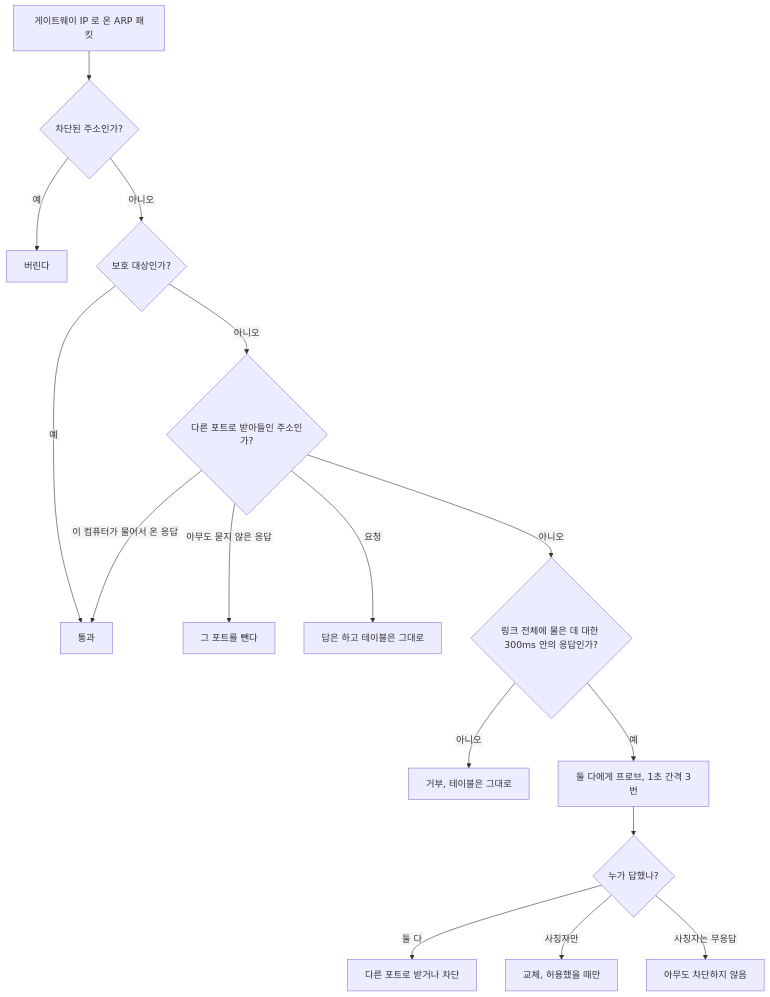
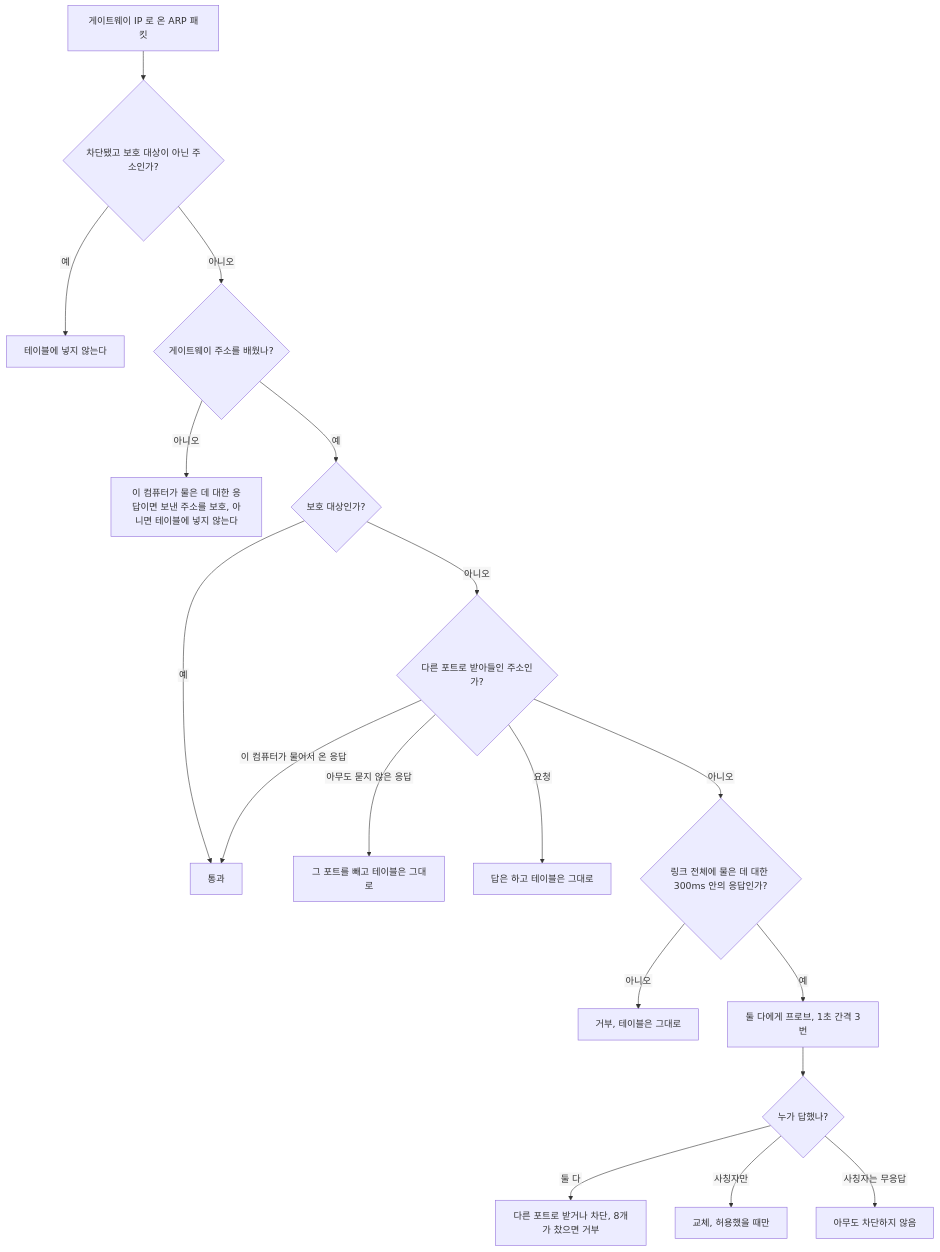
One commit to jollaman999/ubuntu-kernel changed the diagram in docs/README.ko.md. Above: the diagram before and after it, drawn with Mermaid. The commit also changed other lines of this file and 4 other files, not shown here.

````diff
--- a/docs/README.ko.md
+++ b/docs/README.ko.md
@@ -73,19 +86,21 @@
 ```mermaid
 %%{init: {"flowchart": {"htmlLabels": false}}}%%
 flowchart TD
-    P["게이트웨이 IP 로 온 ARP 패킷"] --> B{"차단된 주소인가?"}
-    B -- 예 --> DROP["버린다"]
-    B -- 아니오 --> S{"보호 대상인가?"}
+    P["게이트웨이 IP 로 온 ARP 패킷"] --> B{"차단됐고 보호 대상이 아닌 주소인가?"}
+    B -- 예 --> DROP["테이블에 넣지 않는다"]
+    B -- 아니오 --> L{"게이트웨이 주소를 배웠나?"}
+    L -- 아니오 --> FIRST["이 컴퓨터가 물은 데 대한 응답이면 보낸 주소를 보호, 아니면 테이블에 넣지 않는다"]
+    L -- 예 --> S{"보호 대상인가?"}
     S -- 예 --> PASS["통과"]
     S -- 아니오 --> A{"다른 포트로 받아들인 주소인가?"}
     A -- "이 컴퓨터가 물어서 온 응답" --> PASS
-    A -- "아무도 묻지 않은 응답" --> EVICT["그 포트를 뺀다"]
+    A -- "아무도 묻지 않은 응답" --> EVICT["그 포트를 빼고 테이블은 그대로"]
     A -- 요청 --> KEEP["답은 하고 테이블은 그대로"]
     A -- 아니오 --> Q{"링크 전체에 물은 데 대한 300ms 안의 응답인가?"}
     Q -- 아니오 --> REFUSE["거부, 테이블은 그대로"]
     Q -- 예 --> V["둘 다에게 프로브, 1초 간격 3번"]
     V --> J{"누가 답했나?"}
-    J -- "둘 다" --> M["다른 포트로 받거나 차단"]
+    J -- "둘 다" --> M["다른 포트로 받거나 차단, 8개가 찼으면 거부"]
     J -- "사칭자만" --> C["교체, 허용했을 때만"]
     J -- "사칭자는 무응답" --> N["아무도 차단하지 않음"]
 ```
````
